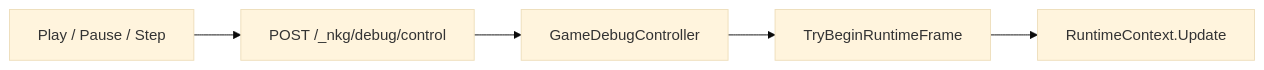
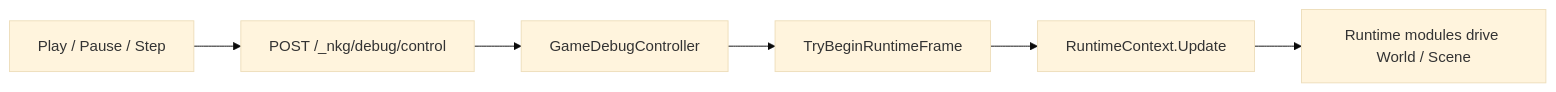
Before and after one commit to wqaetly/NKGGameFramework: the fourth of 10 diagrams in docs/debug-and-dump.md, drawn with Mermaid (base theme). The commit also changed other lines of this file and 15 other files, not shown here.

````diff
--- a/docs/debug-and-dump.md
+++ b/docs/debug-and-dump.md
@@ -152,7 +155,8 @@
 ```mermaid
 flowchart LR
     UI["Play / Pause / Step"] --> ControlPost["POST /_nkg/debug/control"]
     ControlPost --> Controller["GameDebugController"]
     Controller --> Gate["TryBeginRuntimeFrame"]
     Gate --> RuntimeUpdate["RuntimeContext.Update"]
+    RuntimeUpdate --> EcsUpdate["Runtime modules drive World / Scene"]
 ```
````
